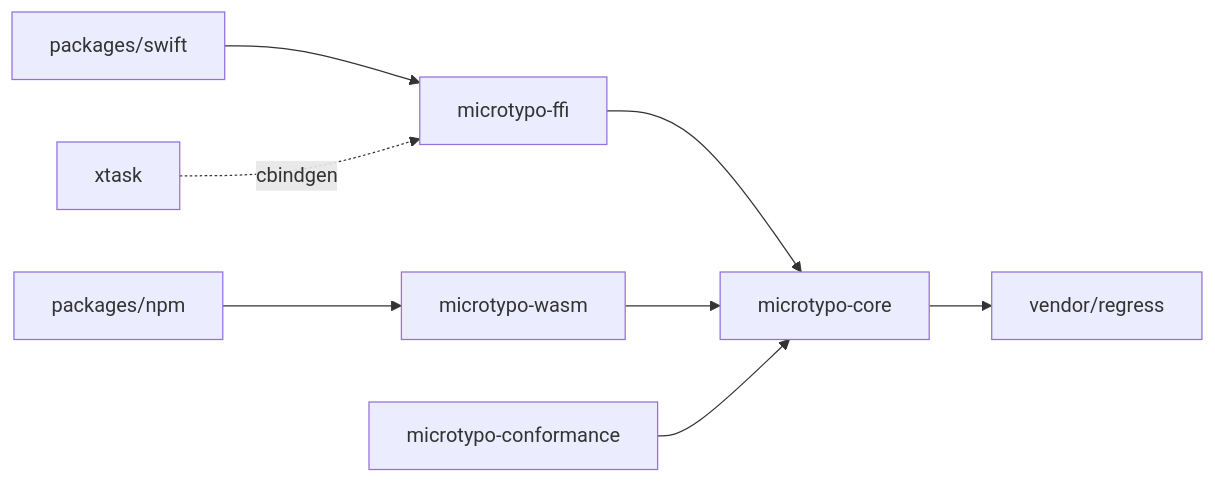
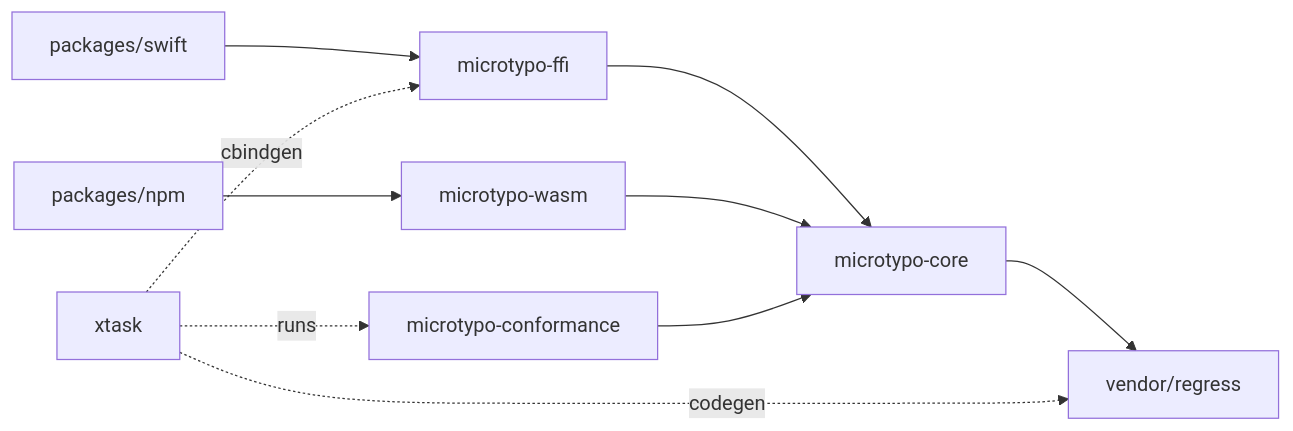
Before and after one commit to meritt/microtypo.rs: the diagram in docs/architecture.md, drawn with Mermaid. The commit also changed other lines of this file and 12 other files, not shown here.

````diff
--- a/docs/architecture.md
+++ b/docs/architecture.md
@@ -15,10 +15,12 @@
 ```mermaid
 flowchart LR
   core[microtypo-core] --> regress[vendor/regress]
   ffi[microtypo-ffi] --> core
   wasm[microtypo-wasm] --> core
   conformance[microtypo-conformance] --> core
   swift[packages/swift] --> ffi
   npm[packages/npm] --> wasm
+  xtask -.->|codegen| regress
   xtask -.->|cbindgen| ffi
+  xtask -.->|runs| conformance
 ```
````
